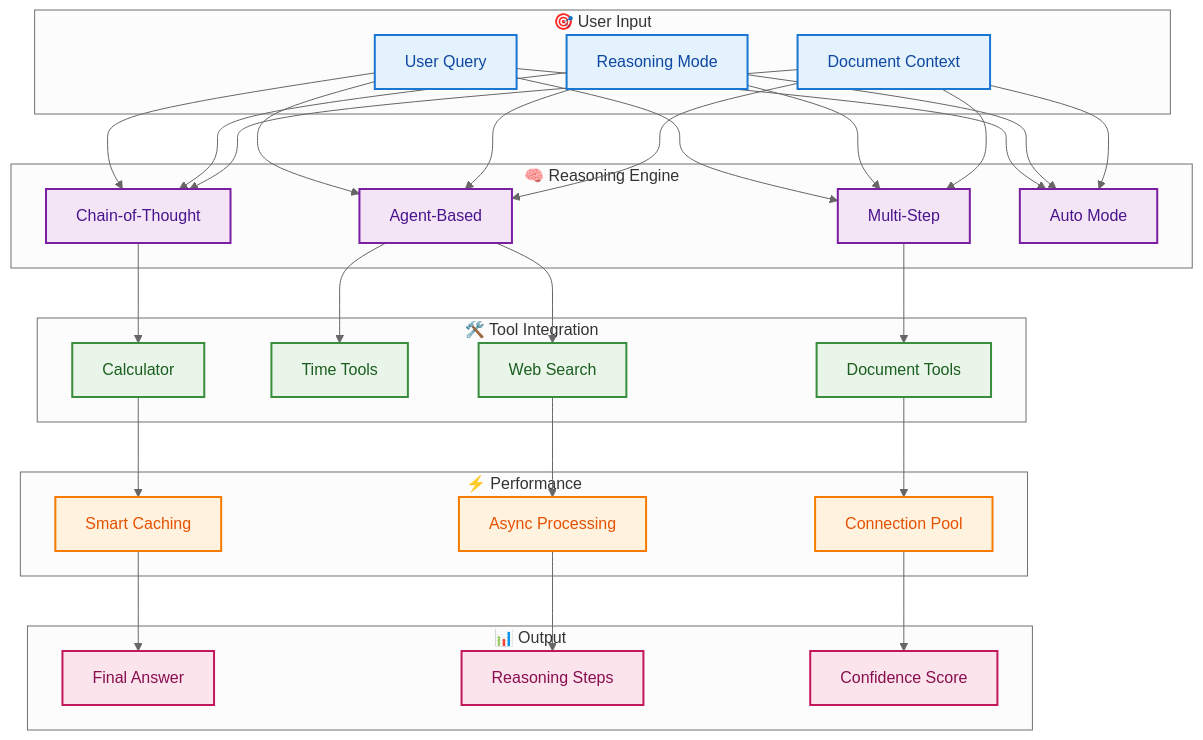
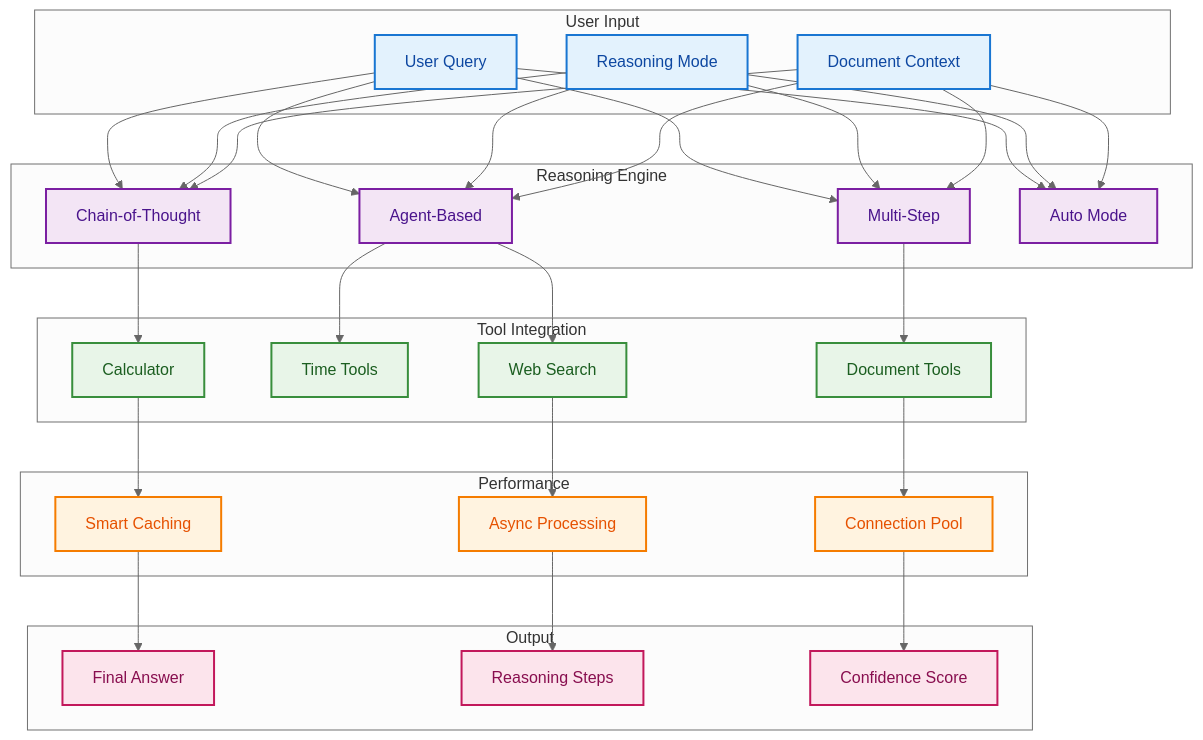
The first of 6 diagrams in docs/REASONING_FEATURES.md (khaosans/basic-chat), drawn with Mermaid (neutral theme) before and after one commit.

Commit message:
docs: Update Reasoning Features documentation for consistency - Remove emojis from subgraph titles for a cleaner presentation

````diff
--- a/docs/REASONING_FEATURES.md
+++ b/docs/REASONING_FEATURES.md
@@ -9,74 +9,74 @@
 ```mermaid
 graph TB
-    subgraph "🎯 User Input"
+    subgraph "User Input"
         QUERY[User Query]
         MODE[Reasoning Mode]
         CONTEXT[Document Context]
     end
     
-    subgraph "🧠 Reasoning Engine"
+    subgraph "Reasoning Engine"
         COT[Chain-of-Thought]
         MULTI[Multi-Step]
         AGENT[Agent-Based]
         AUTO[Auto Mode]
     end
     
-    subgraph "🛠️ Tool Integration"
+    subgraph "Tool Integration"
         CALC[Calculator]
         TIME[Time Tools]
         SEARCH[Web Search]
         DOCS[Document Tools]
     end
     
-    subgraph "⚡ Performance"
+    subgraph "Performance"
         CACHE[Smart Caching]
         ASYNC[Async Processing]
         POOL[Connection Pool]
     end
     
-    subgraph "📊 Output"
+    subgraph "Output"
         RESULT[Final Answer]
         STEPS[Reasoning Steps]
         CONFIDENCE[Confidence Score]
     end
     
     QUERY --> COT
     QUERY --> MULTI
     QUERY --> AGENT
     QUERY --> AUTO
     
     MODE --> COT
     MODE --> MULTI
     MODE --> AGENT
     MODE --> AUTO
     
     CONTEXT --> COT
     CONTEXT --> MULTI
     CONTEXT --> AGENT
     CONTEXT --> AUTO
     
     COT --> CALC
     MULTI --> DOCS
     AGENT --> SEARCH
     AGENT --> TIME
     
     CALC --> CACHE
     SEARCH --> ASYNC
     DOCS --> POOL
     
     CACHE --> RESULT
     ASYNC --> STEPS
     POOL --> CONFIDENCE
     
     classDef input fill:#E3F2FD,stroke:#1976D2,stroke-width:2px,color:#0D47A1
     classDef engine fill:#F3E5F5,stroke:#7B1FA2,stroke-width:2px,color:#4A148C
     classDef tools fill:#E8F5E8,stroke:#388E3C,stroke-width:2px,color:#1B5E20
     classDef performance fill:#FFF3E0,stroke:#F57C00,stroke-width:2px,color:#E65100
     classDef output fill:#FCE4EC,stroke:#C2185B,stroke-width:2px,color:#880E4F
     
     class QUERY,MODE,CONTEXT input
     class COT,MULTI,AGENT,AUTO engine
     class CALC,TIME,SEARCH,DOCS tools
     class CACHE,ASYNC,POOL performance
     class RESULT,STEPS,CONFIDENCE output
 ```
````
